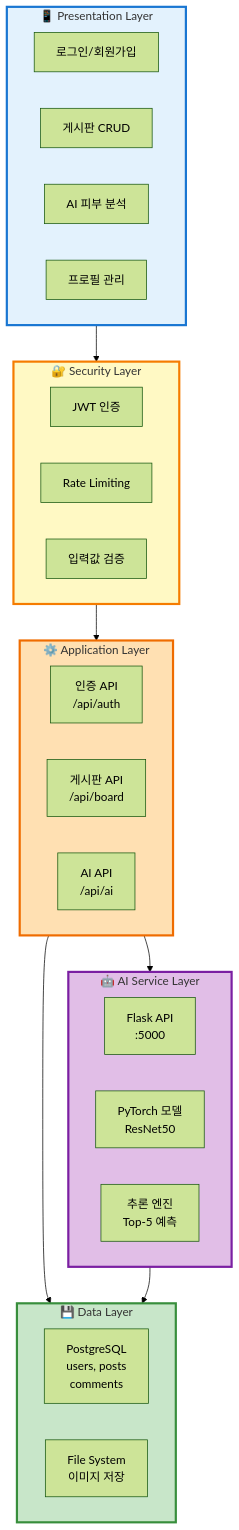
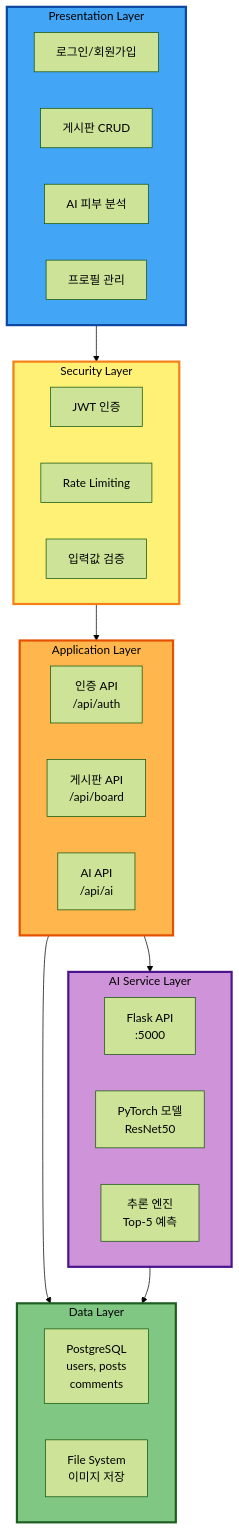
The second of 13 diagrams in Architecture.md (kyoe-23/DeepLearning_project), drawn with Mermaid (forest theme) before and after one commit. The commit also changed other lines of this file, not shown here.

````diff
--- a/Architecture.md
+++ b/Architecture.md
@@ -75,49 +75,49 @@
 ```mermaid
 graph TB
-    subgraph LAYER1["📱 Presentation Layer"]
+    subgraph LAYER1["Presentation Layer"]
         direction LR
         UI1["로그인/회원가입"]
         UI2["게시판 CRUD"]
         UI3["AI 피부 분석"]
         UI4["프로필 관리"]
     end
 
-    subgraph LAYER2["🔐 Security Layer"]
+    subgraph LAYER2["Security Layer"]
         direction LR
         SEC1["JWT 인증"]
         SEC2["Rate Limiting"]
         SEC3["입력값 검증"]
     end
 
-    subgraph LAYER3["⚙️ Application Layer"]
+    subgraph LAYER3["Application Layer"]
         direction LR
         APP1["인증 API<br/>/api/auth"]
         APP2["게시판 API<br/>/api/board"]
         APP3["AI API<br/>/api/ai"]
     end
 
-    subgraph LAYER4["🤖 AI Service Layer"]
+    subgraph LAYER4["AI Service Layer"]
         direction LR
         AI1["Flask API<br/>:5000"]
         AI2["PyTorch 모델<br/>ResNet50"]
         AI3["추론 엔진<br/>Top-5 예측"]
     end
 
-    subgraph LAYER5["💾 Data Layer"]
+    subgraph LAYER5["Data Layer"]
         direction LR
         DATA1["PostgreSQL<br/>users, posts<br/>comments"]
         DATA2["File System<br/>이미지 저장"]
     end
 
     LAYER1 --> LAYER2
     LAYER2 --> LAYER3
     LAYER3 --> LAYER4
     LAYER3 --> LAYER5
     LAYER4 --> LAYER5
 
-    style LAYER1 fill:#E3F2FD,stroke:#1976D2,stroke-width:3px
-    style LAYER2 fill:#FFF9C4,stroke:#F57C00,stroke-width:3px
-    style LAYER3 fill:#FFE0B2,stroke:#EF6C00,stroke-width:3px
-    style LAYER4 fill:#E1BEE7,stroke:#7B1FA2,stroke-width:3px
-    style LAYER5 fill:#C8E6C9,stroke:#388E3C,stroke-width:3px
+    style LAYER1 fill:#42A5F5,stroke:#0D47A1,stroke-width:3px,color:#000
+    style LAYER2 fill:#FFF176,stroke:#F57F17,stroke-width:3px,color:#000
+    style LAYER3 fill:#FFB74D,stroke:#E65100,stroke-width:3px,color:#000
+    style LAYER4 fill:#CE93D8,stroke:#4A148C,stroke-width:3px,color:#000
+    style LAYER5 fill:#81C784,stroke:#1B5E20,stroke-width:3px,color:#000
 ```
````
